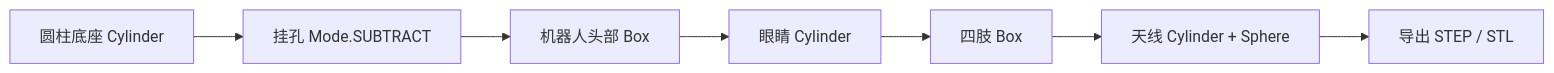
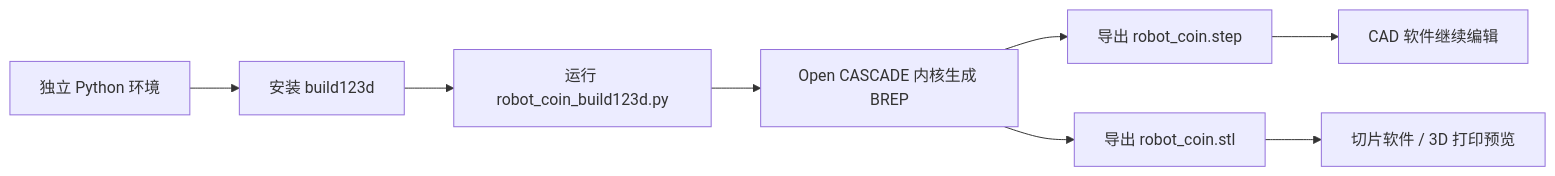
One commit to wht981/every-embodied changed the third of 4 diagrams in 21-机械臂和机器人设计/01Build123d代码建模入门/README.md. Above: the diagram before and after it, drawn with Mermaid. The commit also changed other lines of this file and 13 other files, not shown here.

````diff
--- a/21-机械臂和机器人设计/01Build123d代码建模入门/README.md
+++ b/21-机械臂和机器人设计/01Build123d代码建模入门/README.md
@@ -119,9 +88,10 @@
 ```mermaid
 flowchart LR
-    A["圆柱底座 Cylinder"] --> B["挂孔 Mode.SUBTRACT"]
-    B --> C["机器人头部 Box"]
-    C --> D["眼睛 Cylinder"]
-    D --> E["四肢 Box"]
-    E --> F["天线 Cylinder + Sphere"]
-    F --> G["导出 STEP / STL"]
+    A["独立 Python 环境"] --> B["安装 build123d"]
+    B --> C["运行 robot_coin_build123d.py"]
+    C --> D["Open CASCADE 内核生成 BREP"]
+    D --> E["导出 robot_coin.step"]
+    D --> F["导出 robot_coin.stl"]
+    E --> G["CAD 软件继续编辑"]
+    F --> H["切片软件 / 3D 打印预览"]
 ```
````
